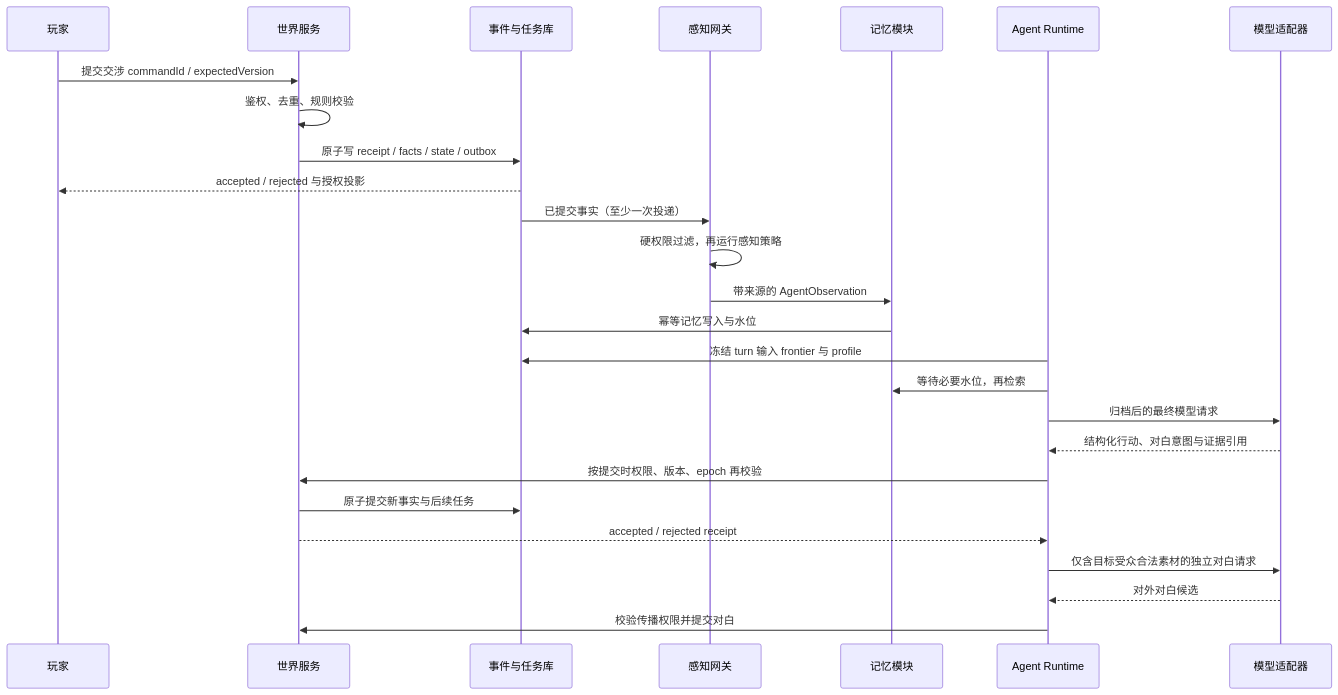
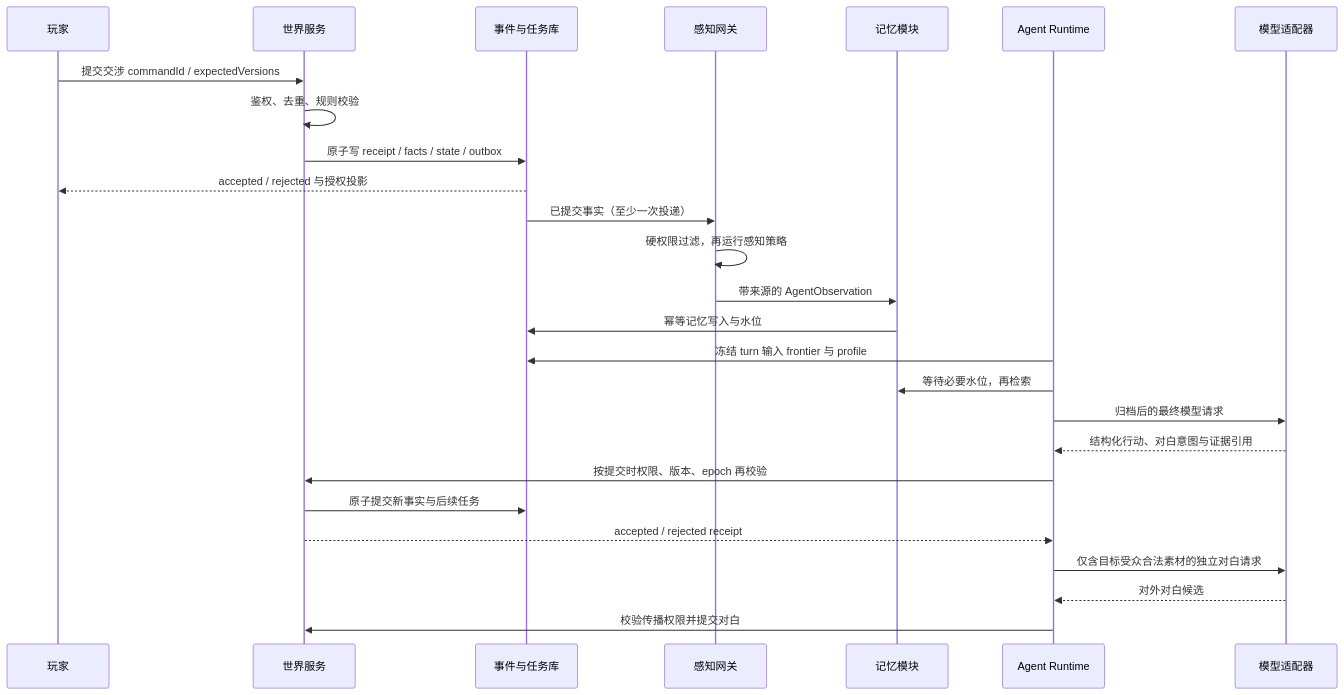
Before and after one commit to daftpunkwave/ai-npc-demo: the diagram in docs/architecture/events-and-state.md, drawn with Mermaid. The commit also changed other lines of this file and 28 other files, not shown here.

```diff
--- a/docs/architecture/events-and-state.md
+++ b/docs/architecture/events-and-state.md
@@ -7,28 +7,28 @@
 ~~~mermaid
 sequenceDiagram
   participant P as 玩家
   participant W as 世界服务
   participant D as 事件与任务库
   participant G as 感知网关
   participant M as 记忆模块
   participant A as Agent Runtime
   participant L as 模型适配器
-  P->>W: 提交交涉 commandId / expectedVersion
+  P->>W: 提交交涉 commandId / expectedVersions
   W->>W: 鉴权、去重、规则校验
   W->>D: 原子写 receipt / facts / state / outbox
   D-->>P: accepted / rejected 与授权投影
   D->>G: 已提交事实（至少一次投递）
   G->>G: 硬权限过滤，再运行感知策略
   G->>M: 带来源的 AgentObservation
   M->>D: 幂等记忆写入与水位
   A->>D: 冻结 turn 输入 frontier 与 profile
   A->>M: 等待必要水位，再检索
   A->>L: 归档后的最终模型请求
   L-->>A: 结构化行动、对白意图与证据引用
   A->>W: 按提交时权限、版本、epoch 再校验
   W->>D: 原子提交新事实与后续任务
   W-->>A: accepted / rejected receipt
   A->>L: 仅含目标受众合法素材的独立对白请求
   L-->>A: 对外对白候选
   A->>W: 校验传播权限并提交对白
 ~~~
```
